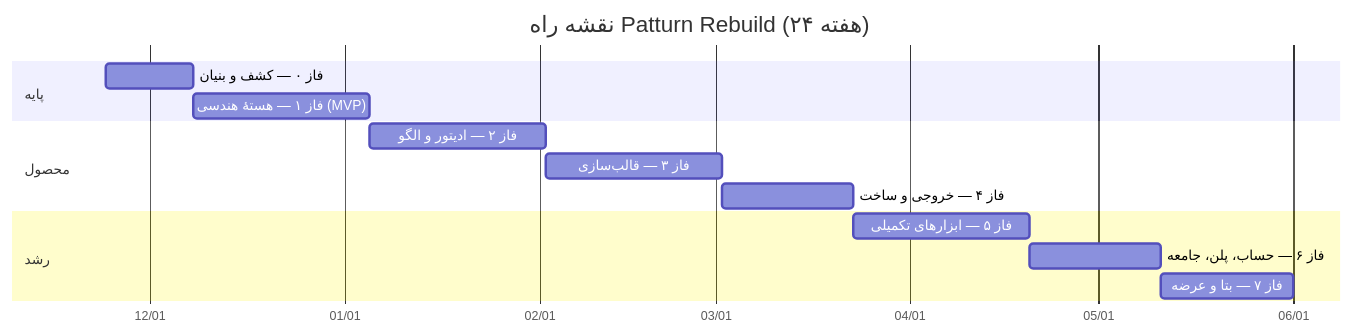
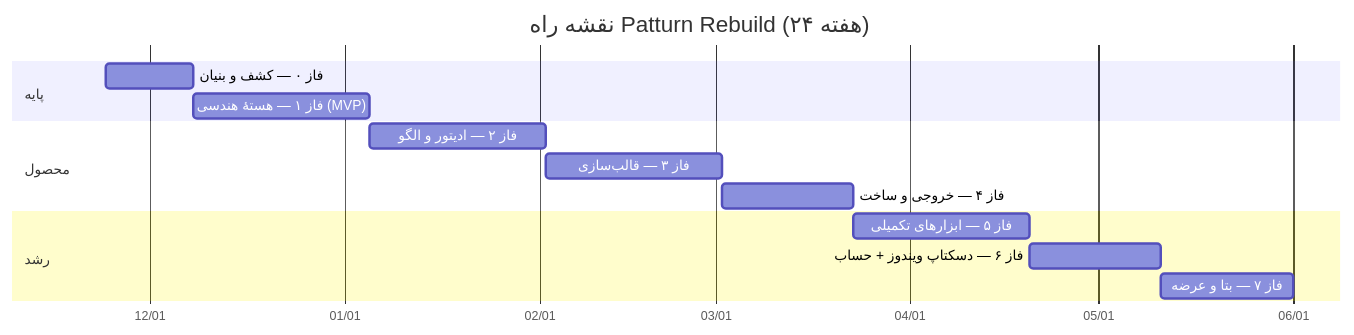
One commit to pranses2011/Sahand_Patturn changed the first of 2 diagrams in patturn-rebuild/01-ROADMAP.md. Above: the diagram before and after it, drawn with Mermaid. The commit also changed other lines of this file and 7 other files, not shown here.

First line of the commit message:
اصلاح اسناد برای نسخهٔ دسکتاپ ویندوز آفلاین + اطلاعات نویسنده

````diff
--- a/patturn-rebuild/01-ROADMAP.md
+++ b/patturn-rebuild/01-ROADMAP.md
@@ -11,17 +11,17 @@
 ```mermaid
 gantt
     title نقشه راه Patturn Rebuild (۲۴ هفته)
     dateFormat  YYYY-MM-DD
     axisFormat  %m/%d
     section پایه
     فاز ۰ — کشف و بنیان        :p0, 2026-11-24, 14d
     فاز ۱ — هستهٔ هندسی (MVP)   :p1, after p0, 28d
     section محصول
     فاز ۲ — ادیتور و الگو      :p2, after p1, 28d
     فاز ۳ — قالب‌سازی          :p3, after p2, 28d
     فاز ۴ — خروجی و ساخت       :p4, after p3, 21d
     section رشد
     فاز ۵ — ابزارهای تکمیلی    :p5, after p4, 28d
-    فاز ۶ — حساب، پلن، جامعه   :p6, after p5, 21d
+    فاز ۶ — دسکتاپ ویندوز + حساب :p6, after p5, 21d
     فاز ۷ — بتا و عرضه         :p7, after p6, 21d
 ```
````
